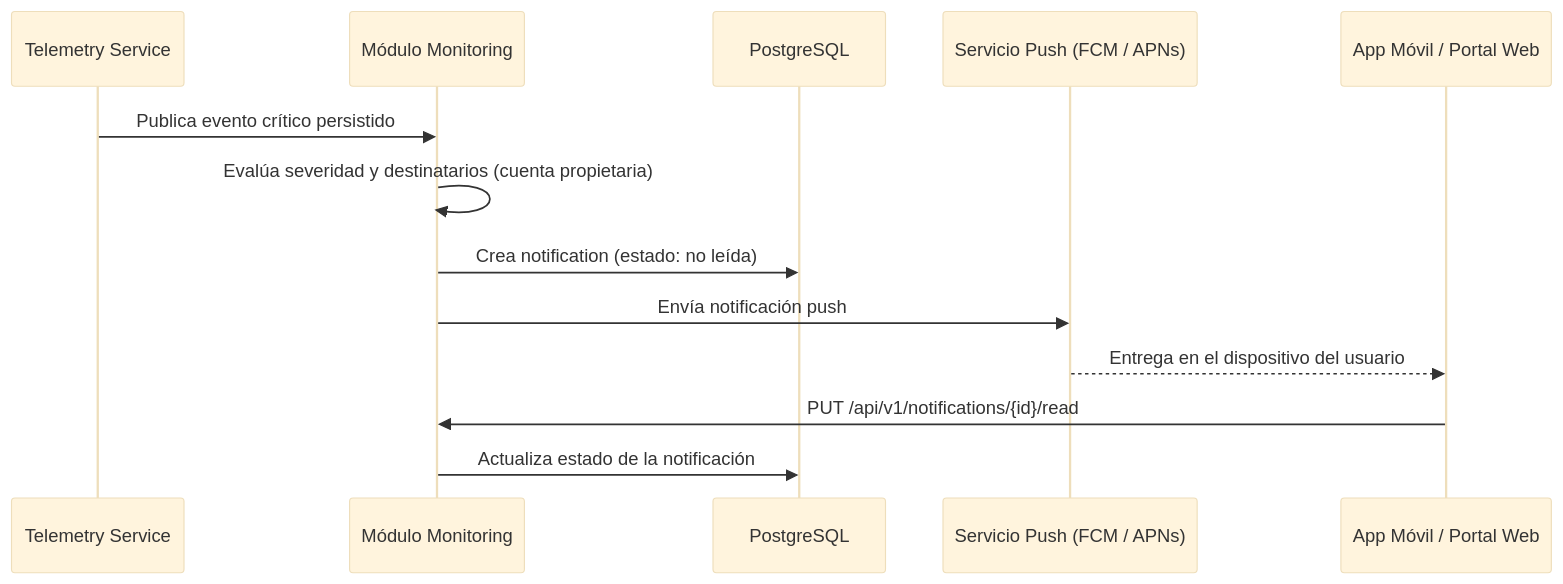
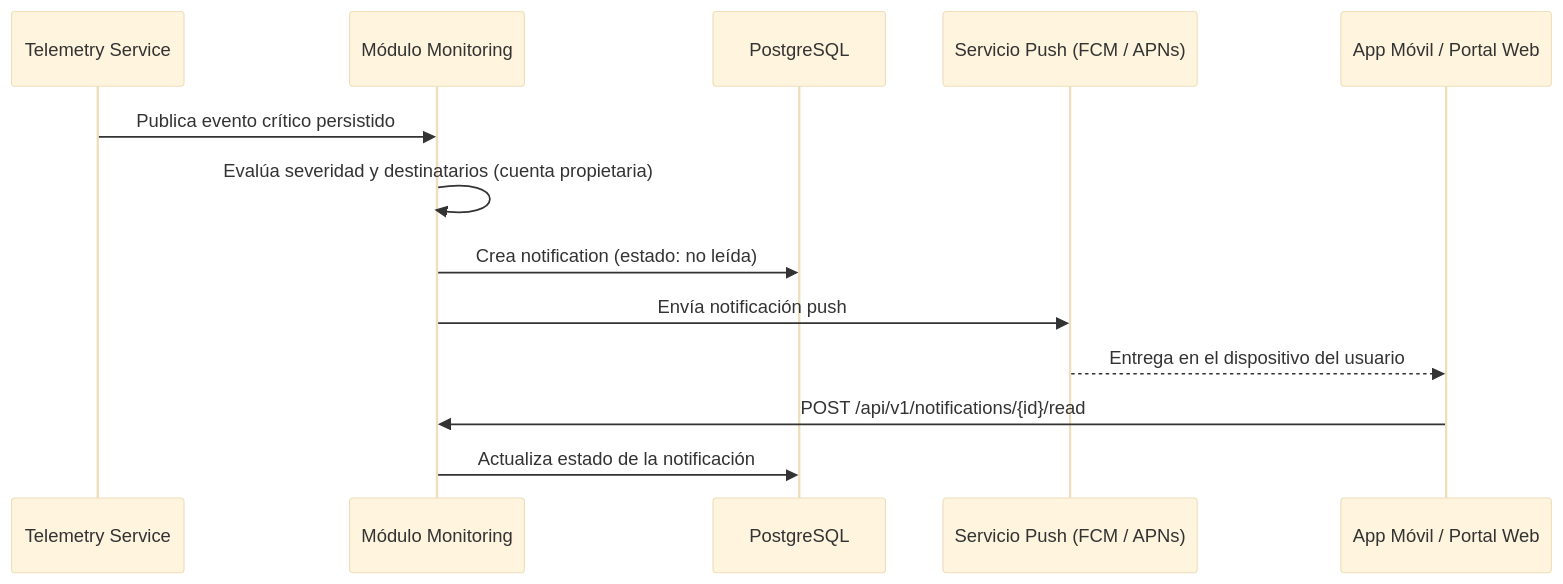
The diagram in docs/08-uml/diagrams/source/sd-critical-notification.mmd (SomnGuard/somnguard-docs), drawn with Mermaid (base theme) before and after one commit. The commit also changed 45 other files, not shown here.

```diff
--- a/docs/08-uml/diagrams/source/sd-critical-notification.mmd
+++ b/docs/08-uml/diagrams/source/sd-critical-notification.mmd
@@ -1,14 +1,14 @@
 sequenceDiagram
     participant TEL as Telemetry Service
     participant MON as Módulo Monitoring
     participant DB as PostgreSQL
     participant PUSH as Servicio Push (FCM / APNs)
     participant APP as App Móvil / Portal Web
 
     TEL->>MON: Publica evento crítico persistido
     MON->>MON: Evalúa severidad y destinatarios (cuenta propietaria)
     MON->>DB: Crea notification (estado: no leída)
     MON->>PUSH: Envía notificación push
     PUSH-->>APP: Entrega en el dispositivo del usuario
-    APP->>MON: PUT /api/v1/notifications/{id}/read
+    APP->>MON: POST /api/v1/notifications/{id}/read
     MON->>DB: Actualiza estado de la notificación
```
